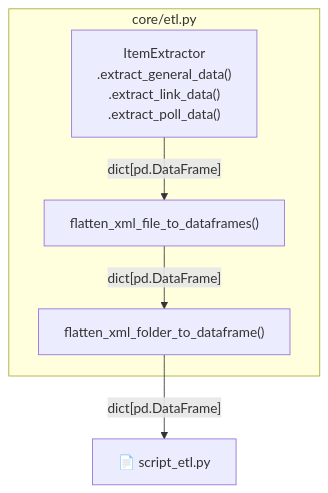
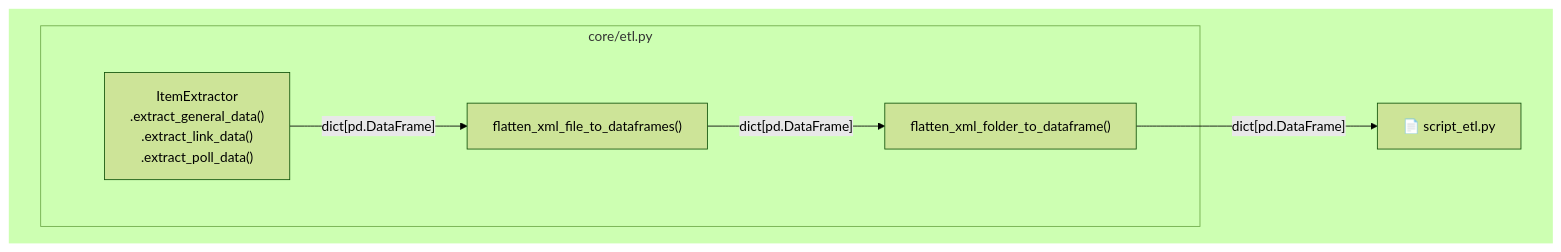
Before and after one commit to andrewKOwong/mixedconclusions: the second of 2 diagrams in content/blog/boardgames_part_one.md, drawn with Mermaid. The commit also changed other lines of this file, not shown here.

Commit message:
Update: mermaid formatting, minor rewriting

````diff
--- a/content/blog/boardgames_part_one.md
+++ b/content/blog/boardgames_part_one.md
@@ -263,10 +276,20 @@
 ```mermaid
-flowchart TD
+%%{init: {'theme':'forest'}}%%
+graph TD
+    classDef emptypadding fill:None, stroke:None;
+    classDef backgroundbox stroke:None;
+
+ subgraph background [ ]
     folder_func["flatten_xml_folder_to_dataframe()"] -->|"dict[pd.DataFrame]"|script["📄 script_etl.py"];
  subgraph core/etl.py
+ subgraph padding1 [ ]
     ItemExtractor["ItemExtractor<br>.extract_general_data() <br> .extract_link_data() <br> .extract_poll_data()"];
     ItemExtractor --> |"dict[pd.DataFrame]"|file_func;
     file_func["flatten_xml_file_to_dataframes()"] --> |"dict[pd.DataFrame]"|folder_func;
  end
+ end
+ end
+class padding1 emptypadding
+class background backgroundbox
 
 ```
````
